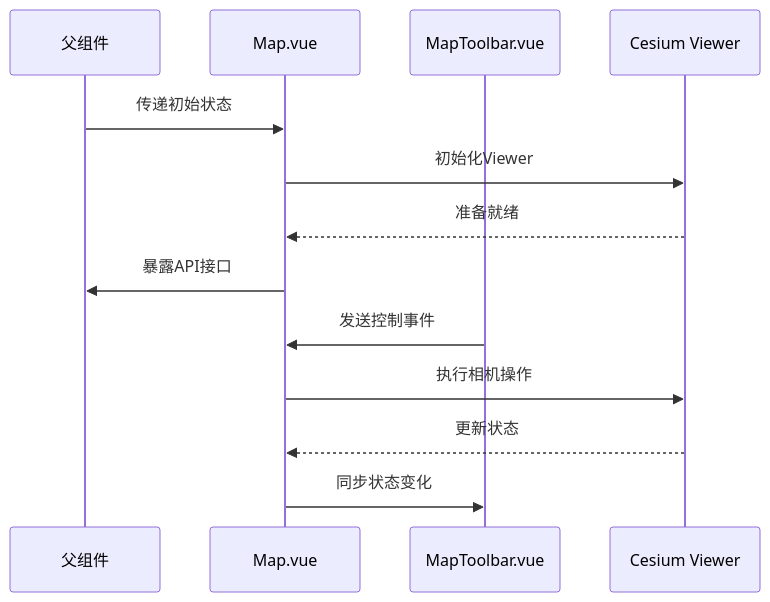
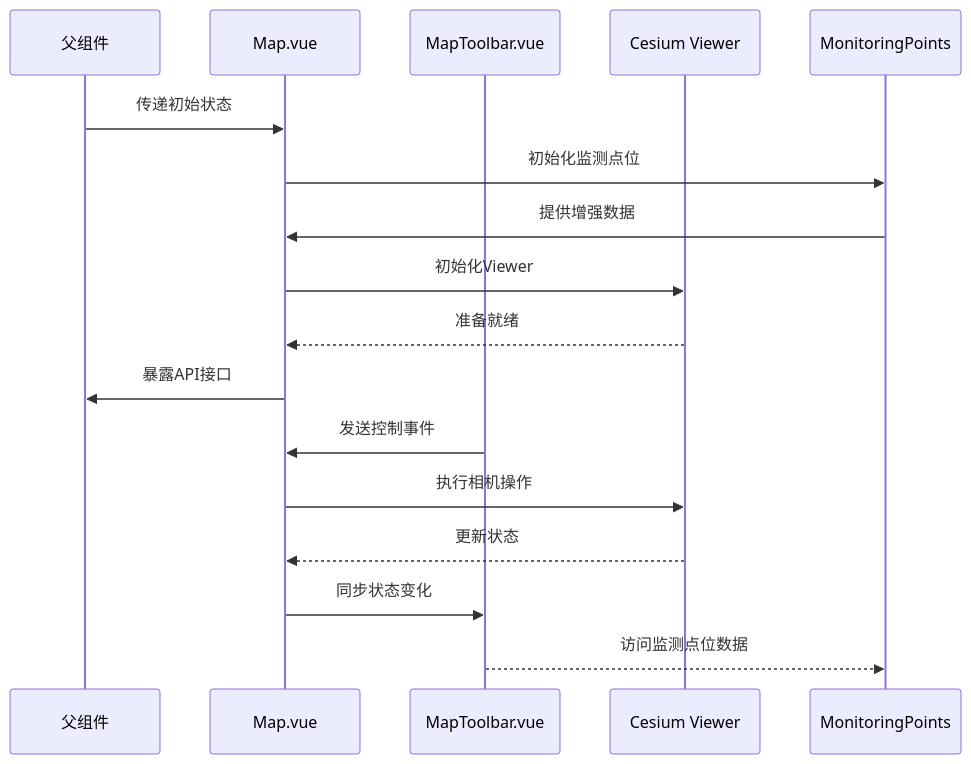
Before and after one commit to zhibo1997/government-dashboard: the eighth of 14 diagrams in .qoder/repowiki/zh/content/核心组件架构/核心组件架构.md, drawn with Mermaid. The commit also changed other lines of this file and 28 other files, not shown here.

````diff
--- a/.qoder/repowiki/zh/content/核心组件架构/核心组件架构.md
+++ b/.qoder/repowiki/zh/content/核心组件架构/核心组件架构.md
@@ -296,15 +407,19 @@
 ```mermaid
 sequenceDiagram
 participant Parent as 父组件
 participant Map as Map.vue
 participant Toolbar as MapToolbar.vue
 participant Cesium as Cesium Viewer
+participant Points as MonitoringPoints
 Parent->>Map : 传递初始状态
+Map->>Points : 初始化监测点位
+Points->>Map : 提供增强数据
 Map->>Cesium : 初始化Viewer
 Cesium-->>Map : 准备就绪
 Map->>Parent : 暴露API接口
 Toolbar->>Map : 发送控制事件
 Map->>Cesium : 执行相机操作
 Cesium-->>Map : 更新状态
 Map->>Toolbar : 同步状态变化
+Toolbar-->>Points : 访问监测点位数据
 ```
````
